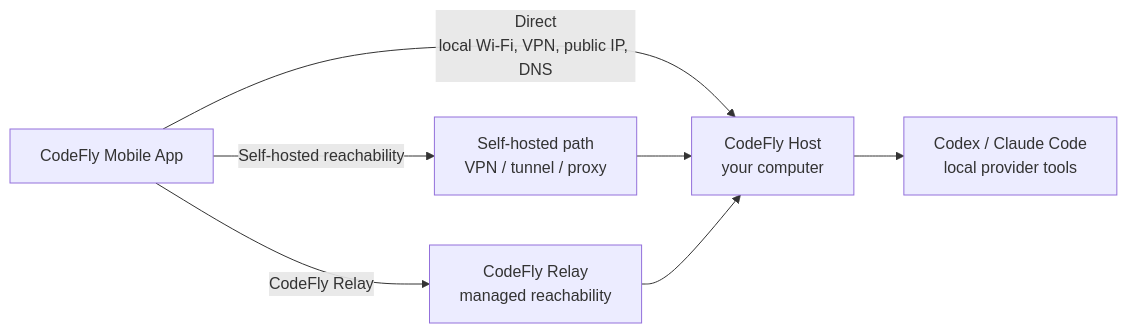
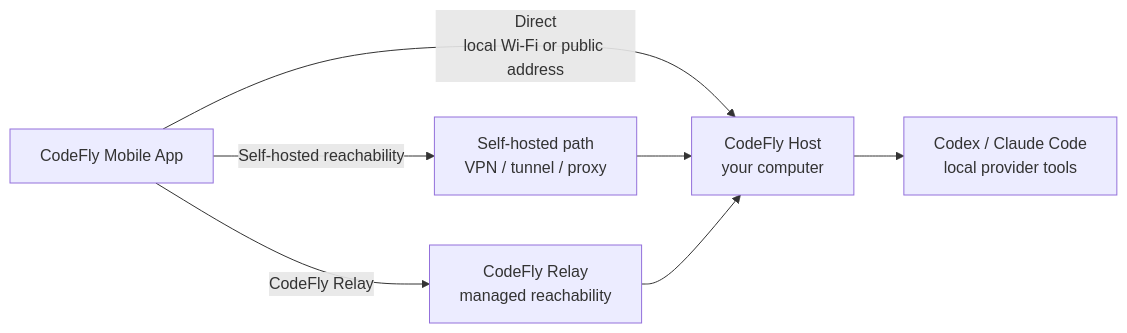
The diagram in README.md (BabaTechnology/CodeFly), drawn with Mermaid before and after one commit. The commit also changed other lines of this file and 1 other file, not shown here.

````diff
--- a/README.md
+++ b/README.md
@@ -111,13 +107,13 @@
 ```mermaid
 flowchart LR
   Phone["CodeFly Mobile App"]
   Host["CodeFly Host<br/>your computer"]
   Providers["Codex / Claude Code<br/>local provider tools"]
   Relay["CodeFly Relay<br/>managed reachability"]
   UserNetwork["Self-hosted path<br/>VPN / tunnel / proxy"]
 
-  Phone -->|"Direct<br/>local Wi-Fi, VPN, public IP, DNS"| Host
+  Phone -->|"Direct<br/>local Wi-Fi or public address"| Host
   Phone -->|"Self-hosted reachability"| UserNetwork --> Host
   Phone -->|"CodeFly Relay"| Relay --> Host
   Host --> Providers
 ```
````
